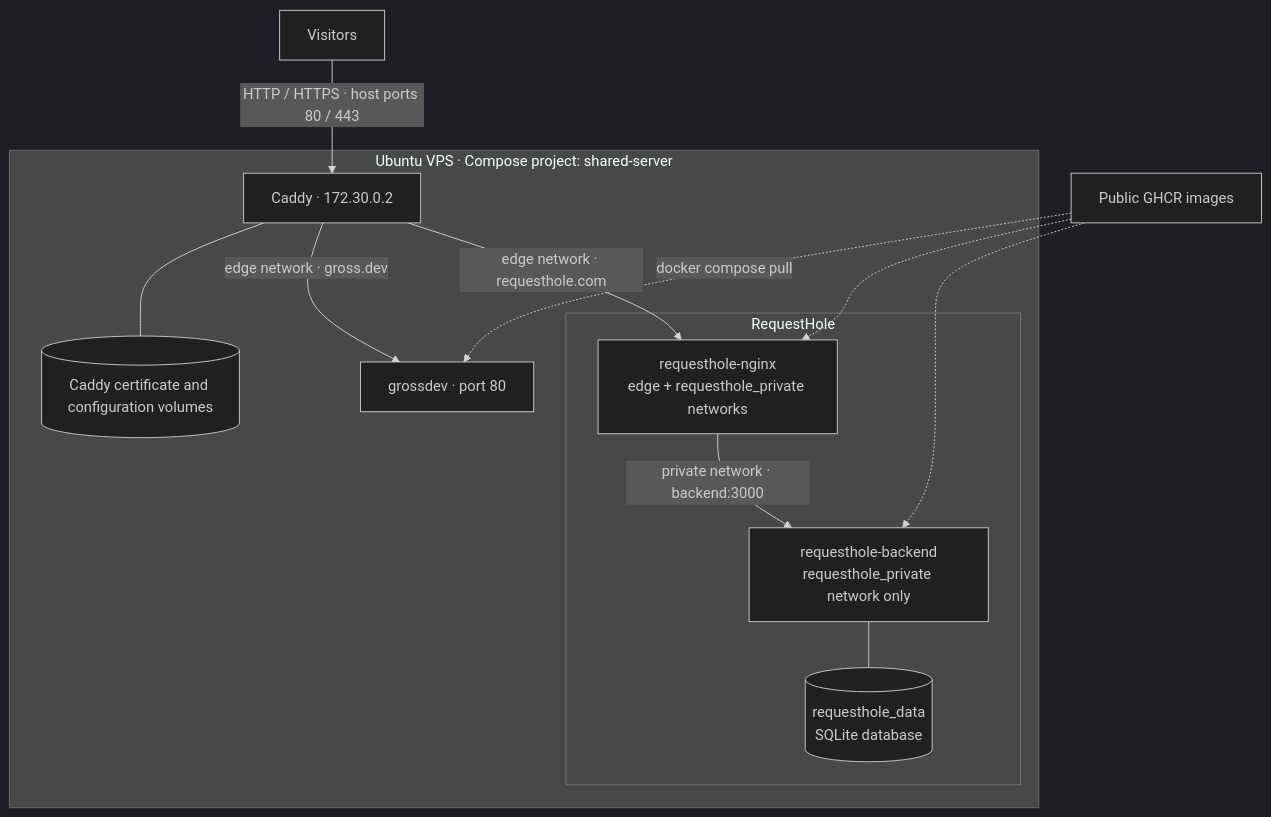
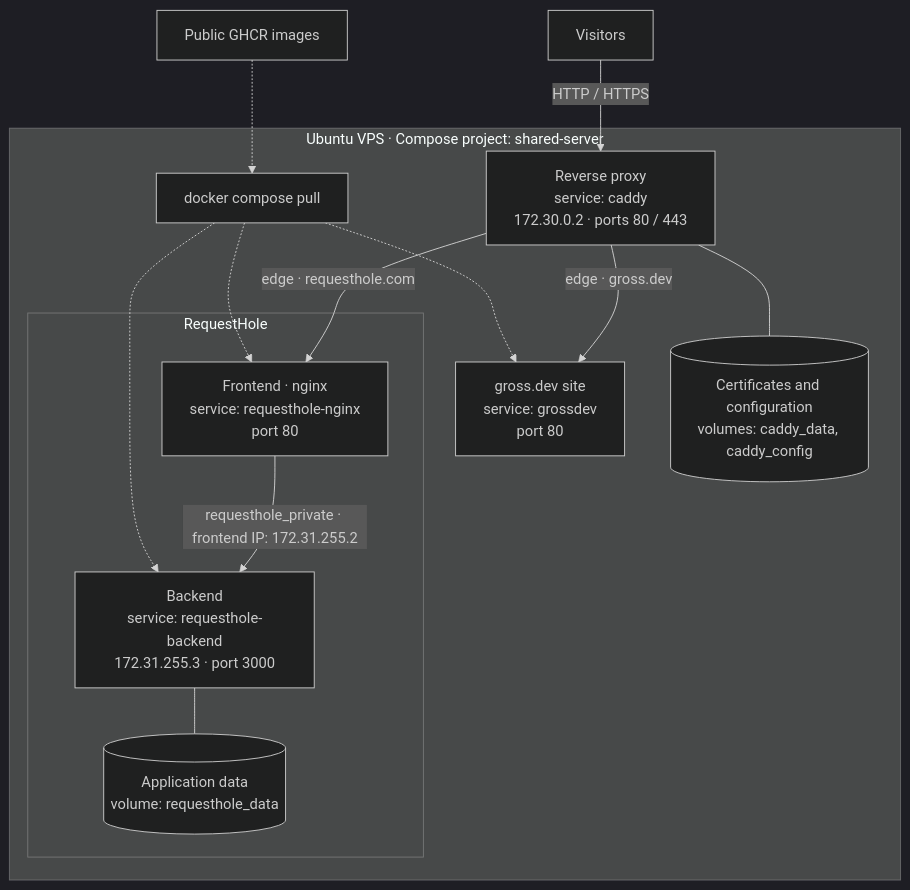
One commit to GrossNate/my-shared-server changed the diagram in README.md. Above: the diagram before and after it, drawn with Mermaid (dark theme).

Commit message:
Fixing diagram in README.

````diff
--- a/README.md
+++ b/README.md
@@ -9,28 +9,34 @@
 ```mermaid
 flowchart TD
     Images["Public GHCR images"]
     Visitors["Visitors"]
 
     subgraph VPS["Ubuntu VPS · Compose project: shared-server"]
-        Caddy["Caddy · 172.30.0.2"]
-        Grossdev["grossdev · port 80"]
+        Pull["docker compose pull"]
+
+        Caddy["Reverse proxy<br/>service: caddy<br/>172.30.0.2 · ports 80 / 443"]
+
+        Grossdev["gross.dev site<br/>service: grossdev<br/>port 80"]
 
         subgraph RequestHole["RequestHole"]
-            Frontend["requesthole-nginx<br/>edge + requesthole_private networks"]
-            Backend["requesthole-backend<br/>requesthole_private network only"]
-            Database[("requesthole_data<br/>SQLite database")]
-            Frontend -->|"private network · backend:3000"| Backend
-            Backend --- Database
+            Frontend["Frontend · nginx<br/>service: requesthole-nginx<br/>port 80"]
+            Backend["Backend<br/>service: requesthole-backend<br/>172.31.255.3 · port 3000"]
+            Database[("Application data<br/>volume: requesthole_data")]
         end
 
-        Certificates[("Caddy certificate and configuration volumes")]
-        Caddy --- Certificates
-        Caddy -->|"edge network · gross.dev"| Grossdev
-        Caddy -->|"edge network · requesthole.com"| Frontend
+        CaddyData[("Certificates and configuration<br/>volumes: caddy_data, caddy_config")]
     end
 
-    Visitors -->|"HTTP / HTTPS · host ports 80 / 443"| Caddy
-    Images -.->|"docker compose pull"| Grossdev
-    Images -.-> Frontend
-    Images -.-> Backend
+    Images -.-> Pull
+    Pull -.-> Grossdev
+    Pull -.-> Frontend
+    Pull -.-> Backend
+
+    Visitors -->|"HTTP / HTTPS"| Caddy
+    Caddy -->|"edge · gross.dev"| Grossdev
+    Caddy -->|"edge · requesthole.com"| Frontend
+    Frontend -->|"requesthole_private · frontend IP: 172.31.255.2"| Backend
+
+    Backend --- Database
+    Caddy --- CaddyData
 ```
````
